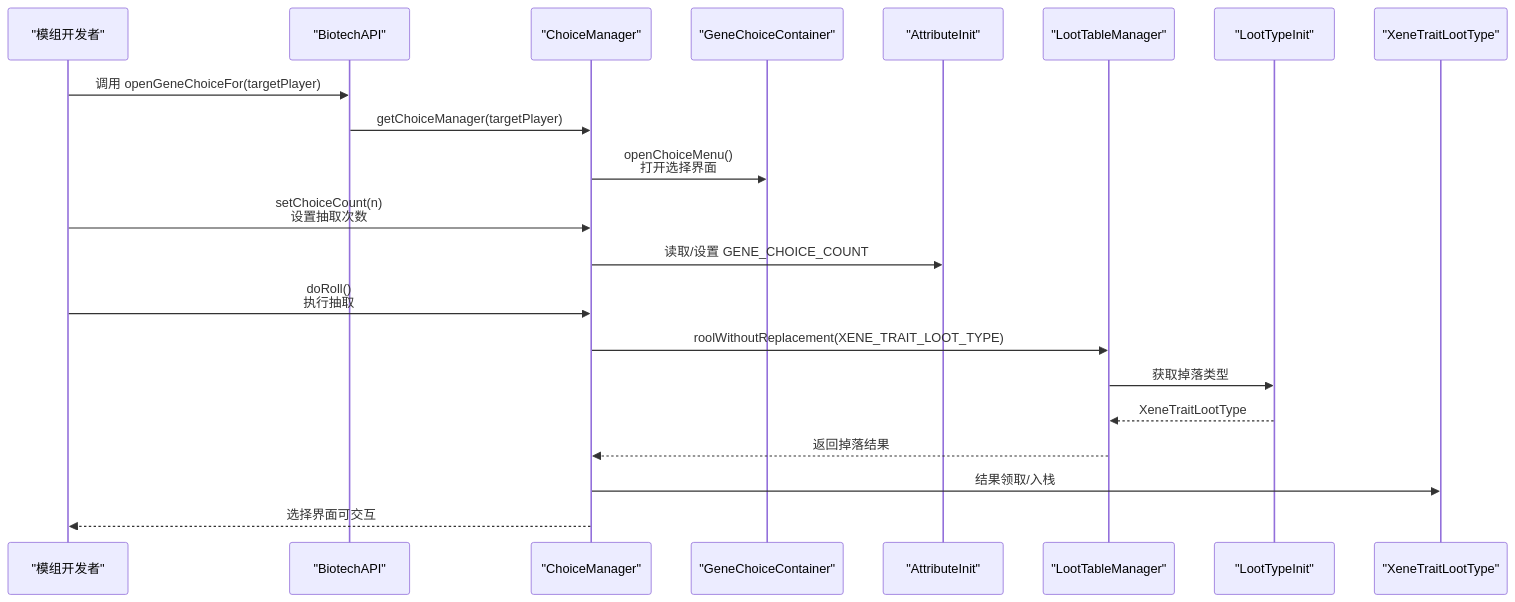
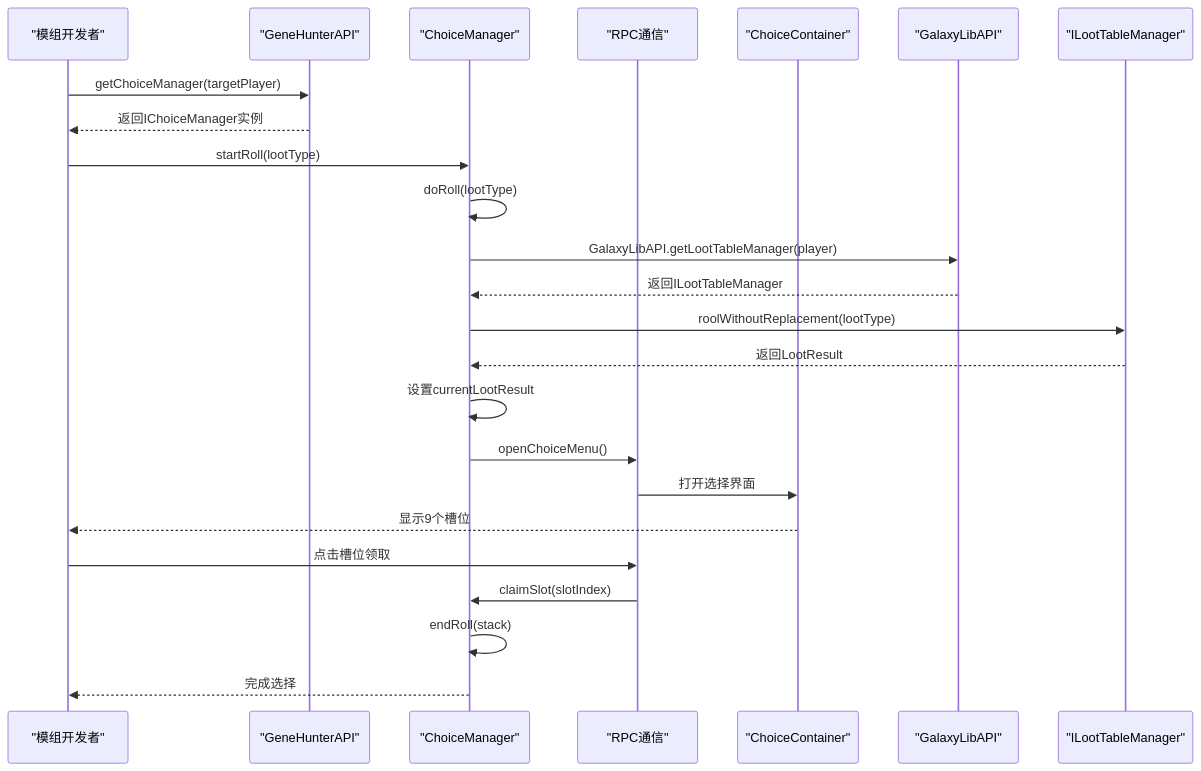
The second of 6 diagrams in .qoder/repowiki/zh/content/API参考文档/BiotechAPI核心接口/基因选择管理.md (Ver-shift/SubModulesGeneHunter), drawn with Mermaid before and after one commit. The commit also changed other lines of this file and 42 other files, not shown here.

````diff
--- a/.qoder/repowiki/zh/content/API参考文档/BiotechAPI核心接口/基因选择管理.md
+++ b/.qoder/repowiki/zh/content/API参考文档/BiotechAPI核心接口/基因选择管理.md
@@ -128,23 +120,26 @@
 ```mermaid
 sequenceDiagram
 participant Dev as "模组开发者"
-participant API as "BiotechAPI"
+participant API as "GeneHunterAPI"
 participant CM as "ChoiceManager"
-participant UI as "GeneChoiceContainer"
-participant Attr as "AttributeInit"
-participant LTM as "LootTableManager"
-participant LTI as "LootTypeInit"
-participant XTL as "XeneTraitLootType"
-Dev->>API : 调用 openGeneChoiceFor(targetPlayer)
-API->>CM : getChoiceManager(targetPlayer)
-CM->>UI : openChoiceMenu()<br/>打开选择界面
-Dev->>CM : setChoiceCount(n)<br/>设置抽取次数
-CM->>Attr : 读取/设置 GENE_CHOICE_COUNT
-Dev->>CM : doRoll()<br/>执行抽取
-CM->>LTM : roolWithoutReplacement(XENE_TRAIT_LOOT_TYPE)
-LTM->>LTI : 获取掉落类型
-LTI-->>LTM : XeneTraitLootType
-LTM-->>CM : 返回掉落结果
-CM->>XTL : 结果领取/入栈
-CM-->>Dev : 选择界面可交互
+participant RPC as "RPC通信"
+participant UI as "ChoiceContainer"
+participant LT as "GalaxyLibAPI"
+participant LTM as "ILootTableManager"
+Dev->>API : getChoiceManager(targetPlayer)
+API-->>Dev : 返回IChoiceManager实例
+Dev->>CM : startRoll(lootType)
+CM->>CM : doRoll(lootType)
+CM->>LT : GalaxyLibAPI.getLootTableManager(player)
+LT-->>CM : 返回ILootTableManager
+CM->>LTM : roolWithoutReplacement(lootType)
+LTM-->>CM : 返回LootResult
+CM->>CM : 设置currentLootResult
+CM->>RPC : openChoiceMenu()
+RPC->>UI : 打开选择界面
+UI-->>Dev : 显示9个槽位
+Dev->>RPC : 点击槽位领取
+RPC->>CM : claimSlot(slotIndex)
+CM->>CM : endRoll(stack)
+CM-->>Dev : 完成选择
 ```
````
